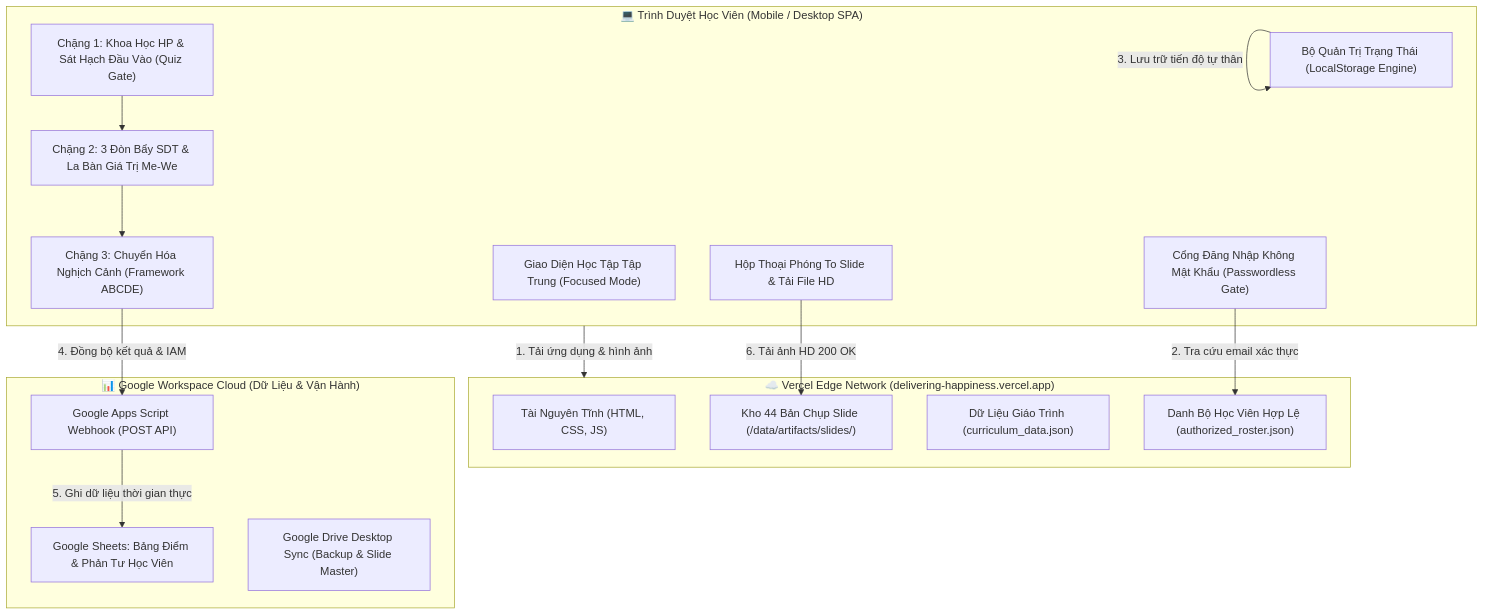
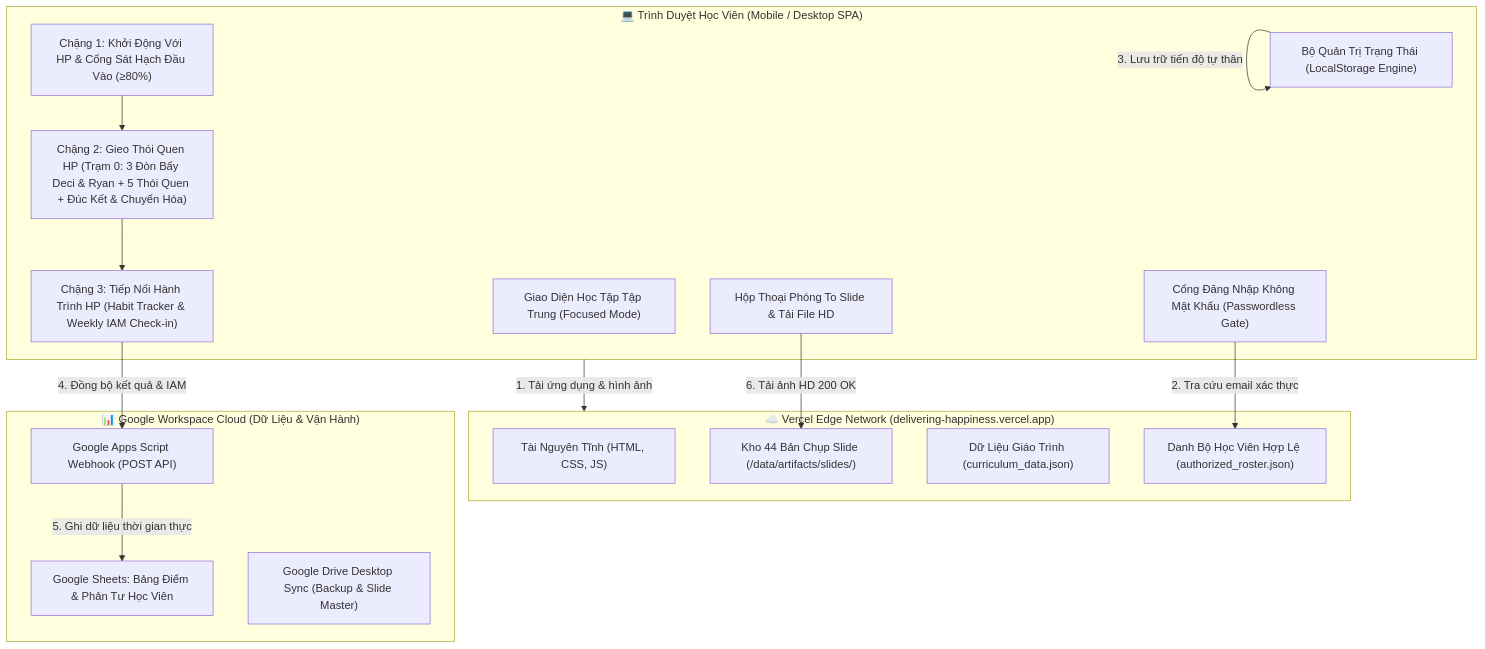
Before and after one commit to culturecodefeedforward/DeliveringHappiness: the first of 6 diagrams in docs/system-architecture.md, drawn with Mermaid. The commit also changed other lines of this file and 5 other files, not shown here.

Commit message:
docs(dhm): sync 3-stage architecture, 10-question qualifying quiz and KISS wording matrix to single source of truth

````diff
--- a/docs/system-architecture.md
+++ b/docs/system-architecture.md
@@ -14,33 +14,33 @@
 ```mermaid
 graph TD
     subgraph Client["💻 Trình Duyệt Học Viên (Mobile / Desktop SPA)"]
         UI["Giao Diện Học Tập Tập Trung (Focused Mode)"]
         AuthModal["Cổng Đăng Nhập Không Mật Khẩu (Passwordless Gate)"]
         StateEngine["Bộ Quản Trị Trạng Thái (LocalStorage Engine)"]
-        S1["Chặng 1: Khoa Học HP & Sát Hạch Đầu Vào (Quiz Gate)"]
-        S2["Chặng 2: 3 Đòn Bẩy SDT & La Bàn Giá Trị Me-We"]
-        S3["Chặng 3: Chuyển Hóa Nghịch Cảnh (Framework ABCDE)"]
+        S1["Chặng 1: Khởi Động Với HP & Cổng Sát Hạch Đầu Vào (≥80%)"]
+        S2["Chặng 2: Gieo Thói Quen HP (Trạm 0: 3 Đòn Bẩy Deci & Ryan + 5 Thói Quen + Đúc Kết & Chuyển Hóa)"]
+        S3["Chặng 3: Tiếp Nối Hành Trình HP (Habit Tracker & Weekly IAM Check-in)"]
         SlideViewer["Hộp Thoại Phóng To Slide & Tải File HD"]
     end
 
     subgraph CDN["☁️ Vercel Edge Network (delivering-happiness.vercel.app)"]
         StaticAssets["Tài Nguyên Tĩnh (HTML, CSS, JS)"]
         SlideImages["Kho 44 Bản Chụp Slide (/data/artifacts/slides/)"]
         DataConfig["Dữ Liệu Giáo Trình (curriculum_data.json)"]
         RosterConfig["Danh Bộ Học Viên Hợp Lệ (authorized_roster.json)"]
     end
 
     subgraph Backend["📊 Google Workspace Cloud (Dữ Liệu & Vận Hành)"]
         GAS["Google Apps Script Webhook (POST API)"]
         GSheets["Google Sheets: Bảng Điểm & Phản Tư Học Viên"]
         DriveSync["Google Drive Desktop Sync (Backup & Slide Master)"]
     end
 
     Client -->|1. Tải ứng dụng & hình ảnh| CDN
     AuthModal -->|2. Tra cứu email xác thực| RosterConfig
     StateEngine -->|3. Lưu trữ tiến độ tự thân| StateEngine
     S1 --> S2 --> S3
     S3 -->|4. Đồng bộ kết quả & IAM| GAS
     GAS -->|5. Ghi dữ liệu thời gian thực| GSheets
     SlideViewer -->|6. Tải ảnh HD 200 OK| SlideImages
 ```
````
